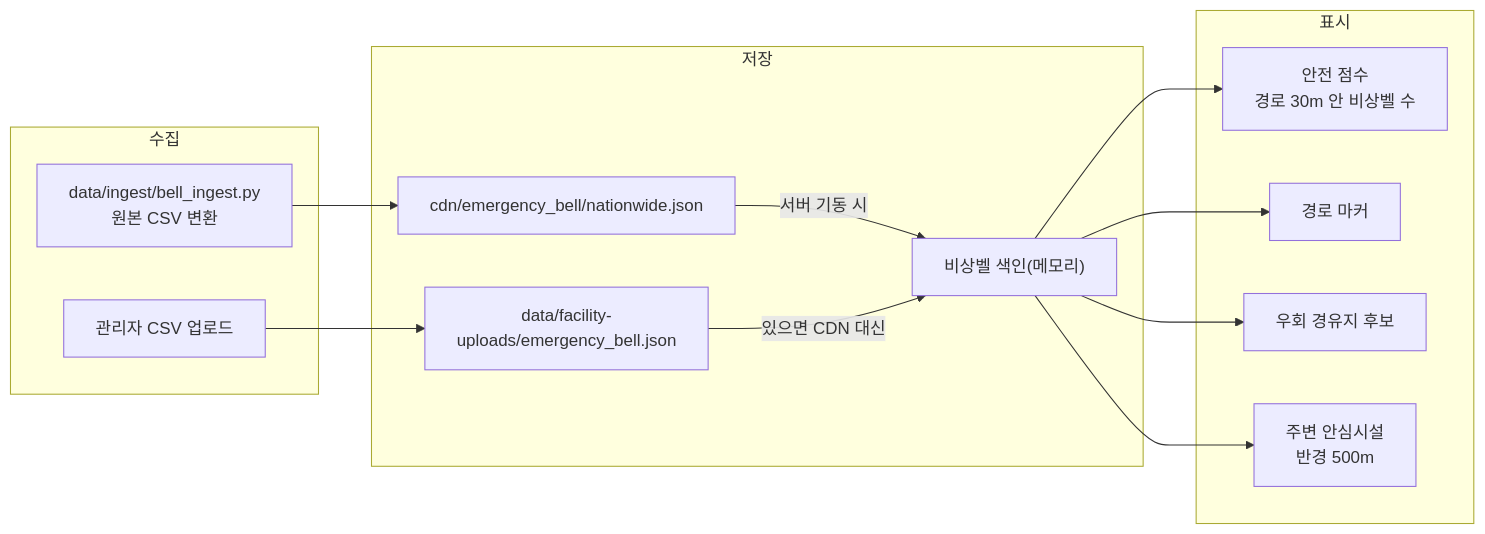
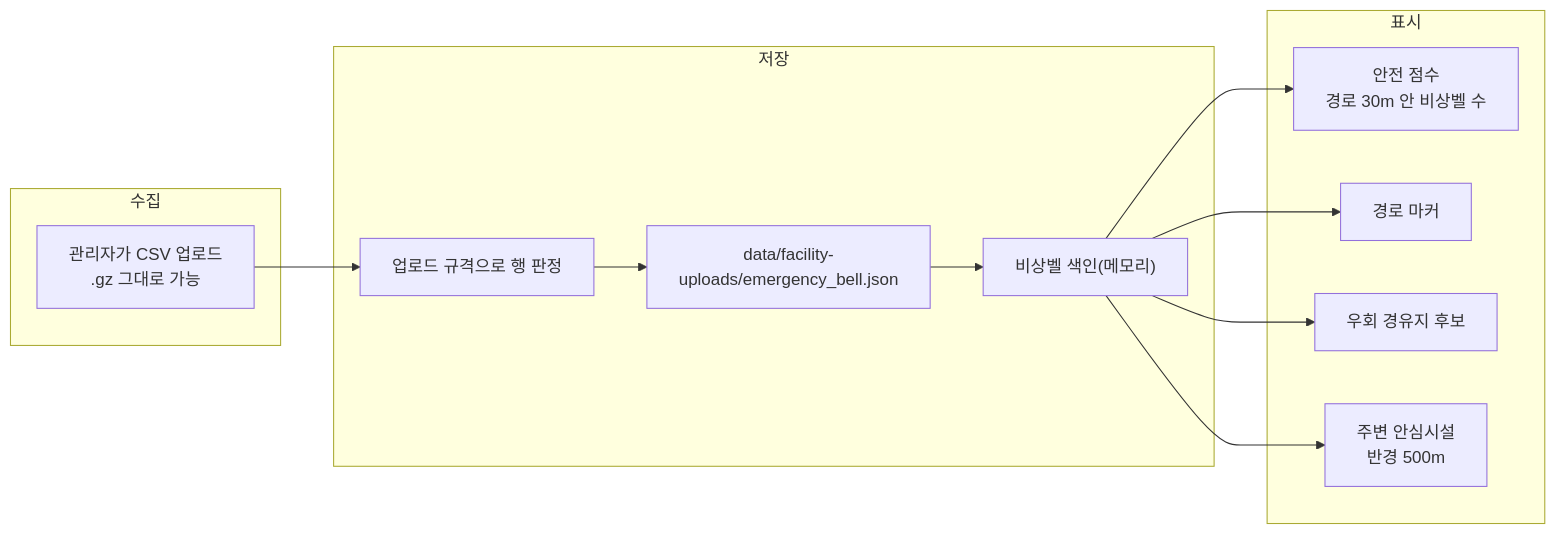
One commit to soo-ai-agent/bueongi-backend changed the diagram in docs/safety-spots/emergency-bell.md. Above: the diagram before and after it, drawn with Mermaid. The commit also changed other lines of this file and 3 other files, not shown here.

First line of the commit message:
fix(backend): 비상벨 원본 CSV 업로드가 0건이던 문제 수정 - 원본 헤더를 업로드 규격에 추가

````diff
--- a/docs/safety-spots/emergency-bell.md
+++ b/docs/safety-spots/emergency-bell.md
@@ -53,26 +53,21 @@
 ```mermaid
 flowchart LR
     subgraph 수집
-        A1["data/ingest/bell_ingest.py<br/>원본 CSV 변환"]
-        A2["관리자 CSV 업로드"]
+        A["관리자가 CSV 업로드<br/>.gz 그대로 가능"]
     end
     subgraph 저장
-        B1["cdn/emergency_bell/nationwide.json"]
-        B2["data/facility-uploads/emergency_bell.json"]
-        C["비상벨 색인(메모리)"]
+        B["업로드 규격으로 행 판정"] --> C["data/facility-uploads/emergency_bell.json"]
+        C --> D["비상벨 색인(메모리)"]
     end
     subgraph 표시
         E1["안전 점수<br/>경로 30m 안 비상벨 수"]
         E2["경로 마커"]
         E3["우회 경유지 후보"]
         E4["주변 안심시설<br/>반경 500m"]
     end
-    A1 --> B1
-    A2 --> B2
-    B1 -->|"서버 기동 시"| C
-    B2 -->|"있으면 CDN 대신"| C
-    C --> E1
-    C --> E2
-    C --> E3
-    C --> E4
+    A --> B
+    D --> E1
+    D --> E2
+    D --> E3
+    D --> E4
 ```
````
